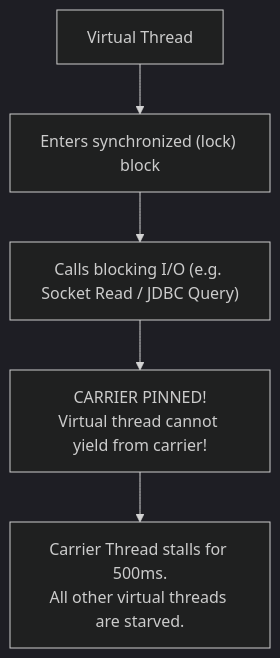
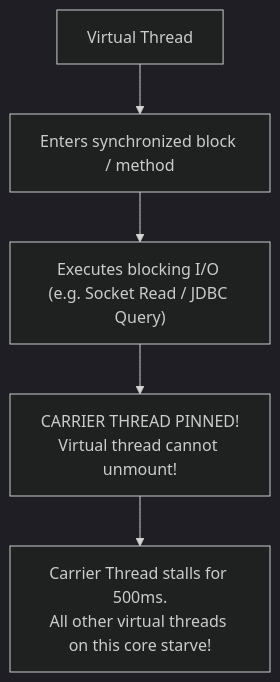
The seventh of 8 diagrams in docs/java/concurrency-jvm.mdx (weaponxwolf/backend-engineering-mastry), drawn with Mermaid (dark theme) before and after one commit. The commit also changed other lines of this file and 14 other files, not shown here.

Commit message:
docs: refactor and expand JPA and Hibernate architecture guide with physical memory and performance insights

````diff
--- a/docs/java/concurrency-jvm.mdx
+++ b/docs/java/concurrency-jvm.mdx
@@ -216,7 +289,7 @@
 ```mermaid
 flowchart TD
-    VT[Virtual Thread] --> SYNC["Enters synchronized (lock) block"]
-    SYNC --> IO["Calls blocking I/O (e.g. Socket Read / JDBC Query)"]
-    IO --> PIN["CARRIER PINNED!<br/>Virtual thread cannot yield from carrier!"]
-    PIN --> STALL["Carrier Thread stalls for 500ms.<br/>All other virtual threads are starved."]
+    VT[Virtual Thread] --> SYNC["Enters synchronized block / method"]
+    SYNC --> IO["Executes blocking I/O (e.g. Socket Read / JDBC Query)"]
+    IO --> PIN["CARRIER THREAD PINNED!<br/>Virtual thread cannot unmount!"]
+    PIN --> FREEZE["Carrier Thread stalls for 500ms.<br/>All other virtual threads on this core starve!"]
 ```
````
